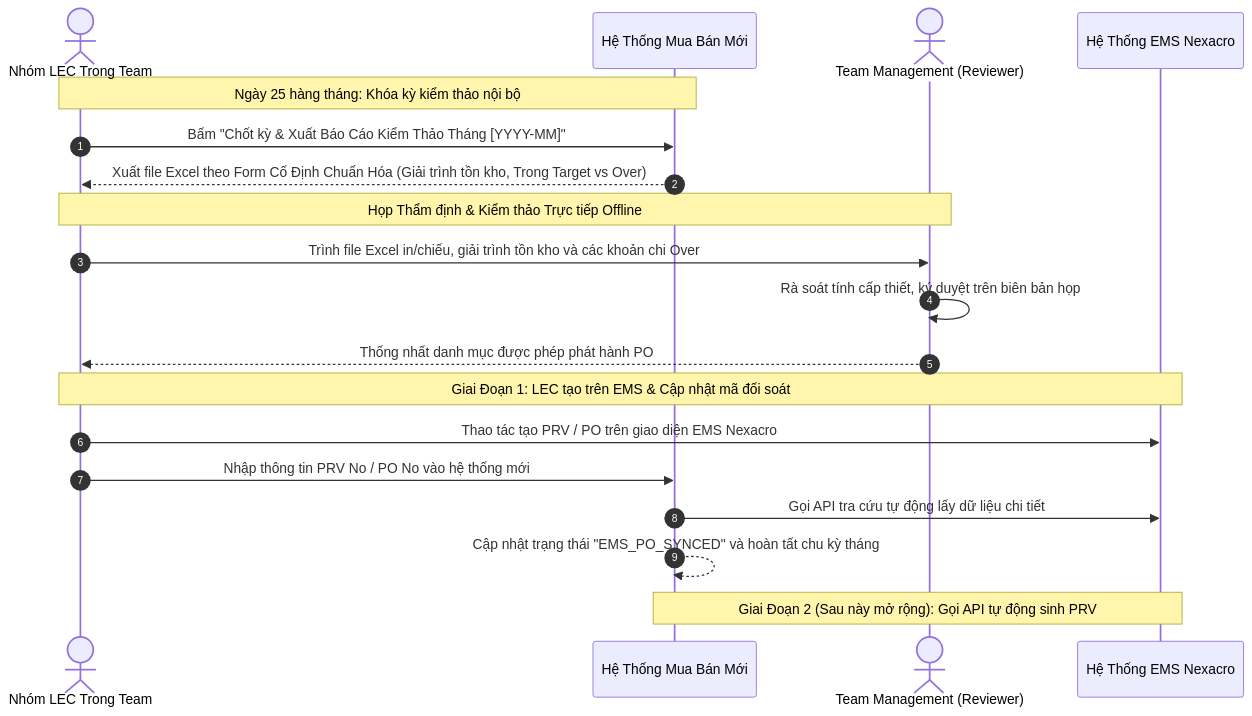
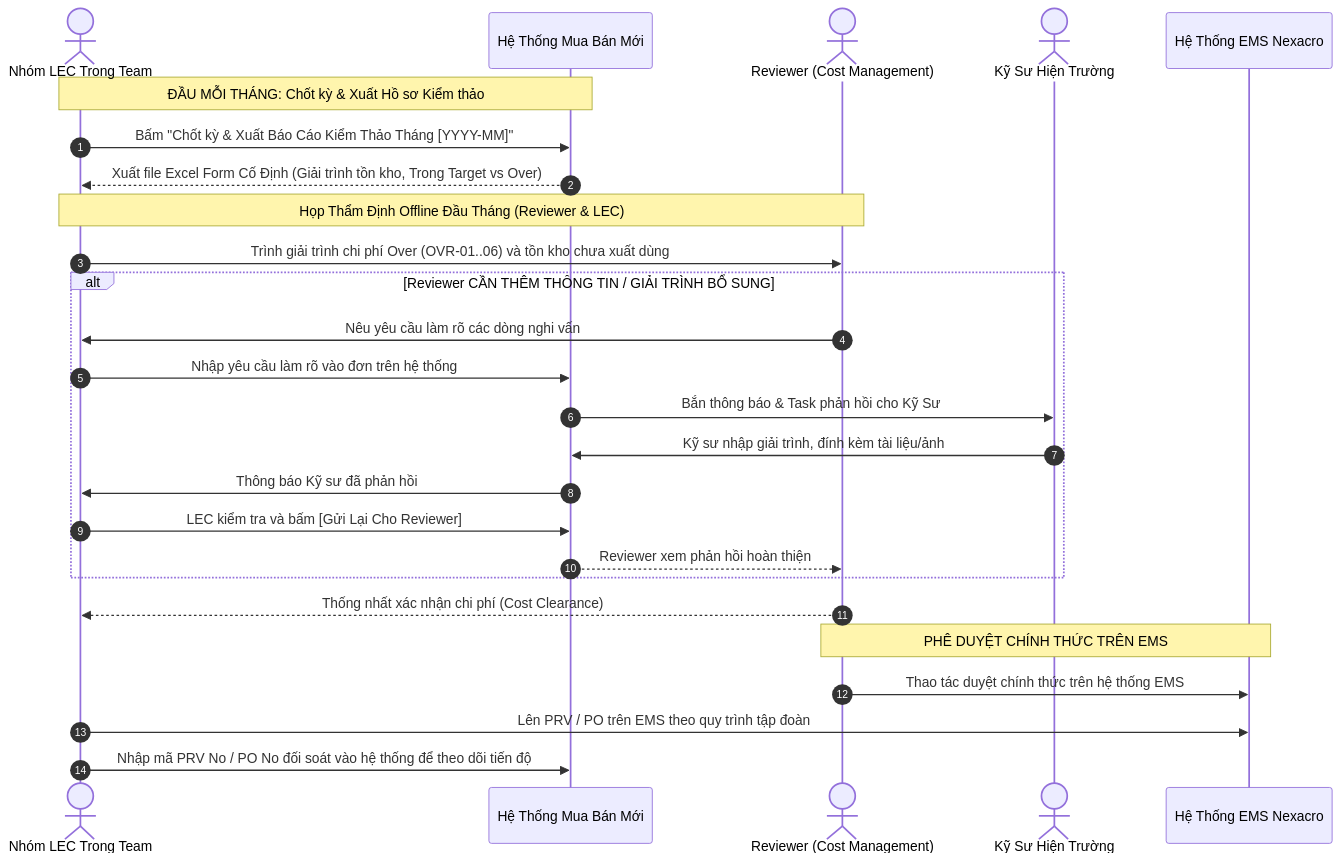
The diagram in procurement-system/04-budget-cost-and-over-management/03-monthly-offline-management-audit.md (longphamduc-vn/ops-workflow), drawn with Mermaid before and after one commit. The commit also changed other lines of this file and 37 other files, not shown here.

````diff
--- a/procurement-system/04-budget-cost-and-over-management/03-monthly-offline-management-audit.md
+++ b/procurement-system/04-budget-cost-and-over-management/03-monthly-offline-management-audit.md
@@ -7,25 +10,33 @@
 ```mermaid
 sequenceDiagram
     autonumber
     actor LEC as Nhóm LEC Trong Team
     participant SYS as Hệ Thống Mua Bán Mới
-    actor MNG as Team Management (Reviewer)
+    actor REV as Reviewer (Cost Management)
+    actor ENG as Kỹ Sư Hiện Trường
     participant EMS as Hệ Thống EMS Nexacro
 
-    Note over LEC,SYS: Ngày 25 hàng tháng: Khóa kỳ kiểm thảo nội bộ
+    Note over LEC,SYS: ĐẦU MỖI THÁNG: Chốt kỳ & Xuất Hồ sơ Kiểm thảo
     LEC->>SYS: Bấm "Chốt kỳ & Xuất Báo Cáo Kiểm Thảo Tháng [YYYY-MM]"
-    SYS-->>LEC: Xuất file Excel theo Form Cố Định Chuẩn Hóa (Giải trình tồn kho, Trong Target vs Over)
+    SYS-->>LEC: Xuất file Excel Form Cố Định (Giải trình tồn kho, Trong Target vs Over)
     
-    Note over LEC,MNG: Họp Thẩm định & Kiểm thảo Trực tiếp Offline
-    LEC->>MNG: Trình file Excel in/chiếu, giải trình tồn kho và các khoản chi Over
-    MNG->>MNG: Rà soát tính cấp thiết, ký duyệt trên biên bản họp
-    MNG-->>LEC: Thống nhất danh mục được phép phát hành PO
+    Note over LEC,REV: Họp Thẩm Định Offline Đầu Tháng (Reviewer & LEC)
+    LEC->>REV: Trình giải trình chi phí Over (OVR-01..06) và tồn kho chưa xuất dùng
     
-    Note over LEC,EMS: Giai Đoạn 1: LEC tạo trên EMS & Cập nhật mã đối soát
-    LEC->>EMS: Thao tác tạo PRV / PO trên giao diện EMS Nexacro
-    LEC->>SYS: Nhập thông tin PRV No / PO No vào hệ thống mới
-    SYS->>EMS: Gọi API tra cứu tự động lấy dữ liệu chi tiết
-    SYS-->>SYS: Cập nhật trạng thái "EMS_PO_SYNCED" và hoàn tất chu kỳ tháng
+    alt Reviewer CẦN THÊM THÔNG TIN / GIẢI TRÌNH BỔ SUNG
+        REV->>LEC: Nêu yêu cầu làm rõ các dòng nghi vấn
+        LEC->>SYS: Nhập yêu cầu làm rõ vào đơn trên hệ thống
+        SYS->>ENG: Bắn thông báo & Task phản hồi cho Kỹ Sư
+        ENG->>SYS: Kỹ sư nhập giải trình, đính kèm tài liệu/ảnh
+        SYS->>LEC: Thông báo Kỹ sư đã phản hồi
+        LEC->>SYS: LEC kiểm tra và bấm [Gửi Lại Cho Reviewer]
+        SYS-->>REV: Reviewer xem phản hồi hoàn thiện
+    end
 
-    Note over SYS,EMS: Giai Đoạn 2 (Sau này mở rộng): Gọi API tự động sinh PRV
+    REV-->>LEC: Thống nhất xác nhận chi phí (Cost Clearance)
+    
+    Note over REV,EMS: PHÊ DUYỆT CHÍNH THỨC TRÊN EMS
+    REV->>EMS: Thao tác duyệt chính thức trên hệ thống EMS
+    LEC->>EMS: Lên PRV / PO trên EMS theo quy trình tập đoàn
+    LEC->>SYS: Nhập mã PRV No / PO No đối soát vào hệ thống để theo dõi tiến độ
 ```
````
